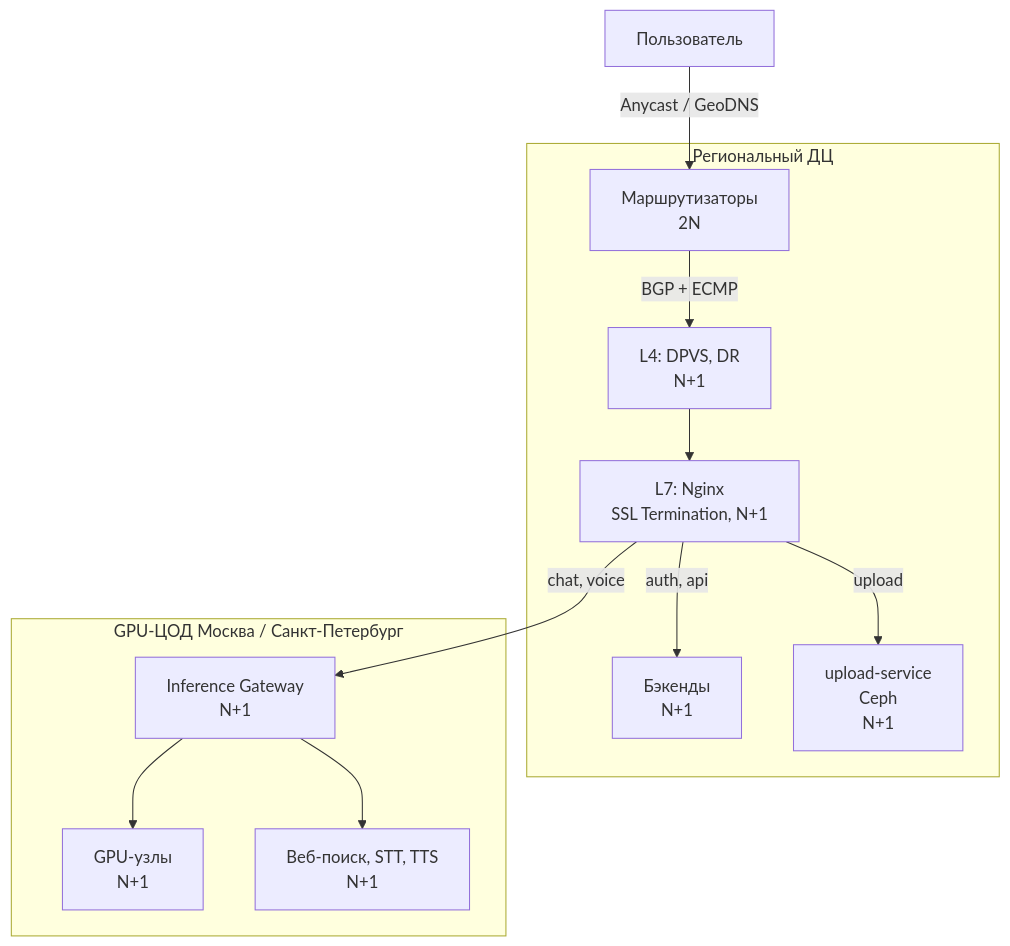
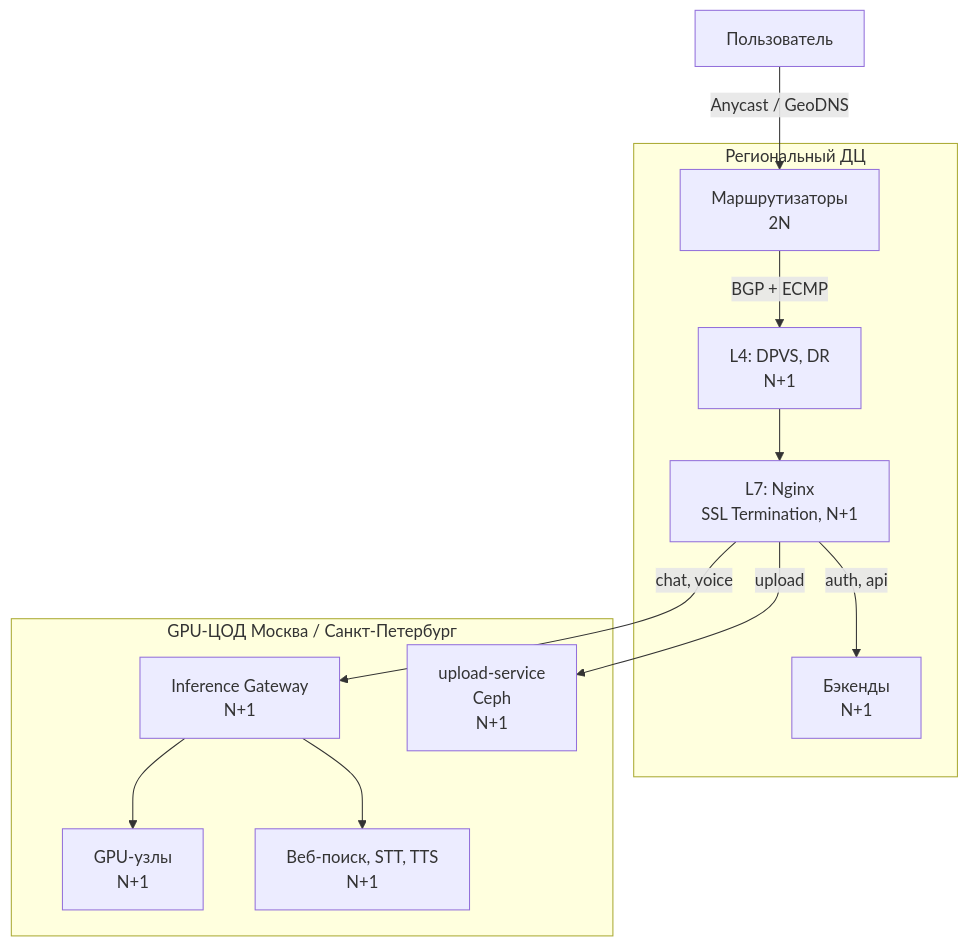
One commit to Nisakoo/Highload-TP changed the first of 4 diagrams in README.md. Above: the diagram before and after it, drawn with Mermaid. The commit also changed other lines of this file, not shown here.

````diff
--- a/README.md
+++ b/README.md
@@ -271,15 +271,16 @@
 ```mermaid
 flowchart TB
     U[Пользователь] -->|Anycast / GeoDNS| R
     subgraph DC[Региональный ДЦ]
         R[Маршрутизаторы<br/>2N] -->|BGP + ECMP| L4[L4: DPVS, DR<br/>N+1]
         L4 --> L7[L7: Nginx<br/>SSL Termination, N+1]
         L7 -->|auth, api| B1[Бэкенды<br/>N+1]
-        L7 -->|upload| B2[upload-service<br/>Ceph<br/>N+1]
     end
     L7 -->|chat, voice| GW
+    L7 -->|upload| B2
     subgraph GPU[GPU-ЦОД Москва / Санкт-Петербург]
+        B2[upload-service<br/>Ceph<br/>N+1]
         GW[Inference Gateway<br/>N+1] --> G[GPU-узлы<br/>N+1]
         GW --> S[Веб-поиск, STT, TTS<br/>N+1]
     end
 ```
````
